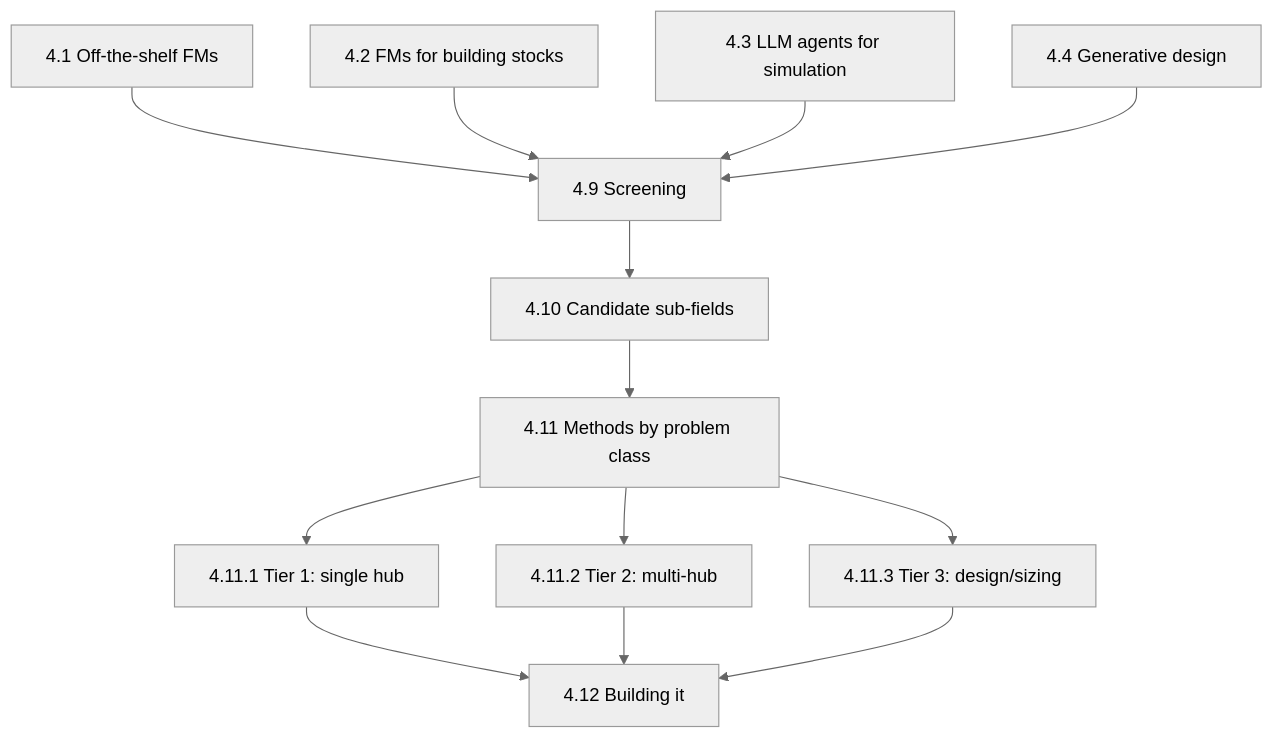
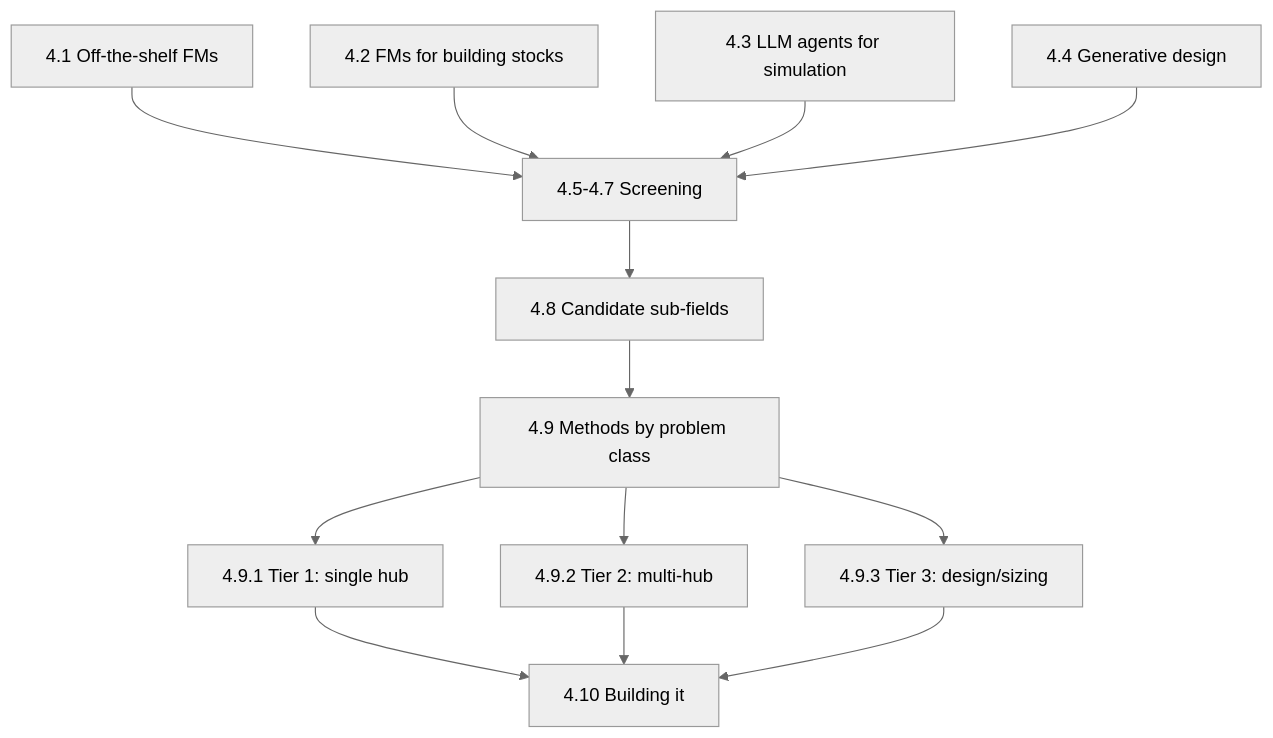
The diagram in chapter-4-directions/index.md (BartonChenTW/FM-for-Urban-Energy-Systems), drawn with Mermaid (neutral theme) before and after one commit. The commit also changed 5 other files, not shown here.

````diff
--- a/chapter-4-directions/index.md
+++ b/chapter-4-directions/index.md
@@ -20,15 +20,15 @@
 ```mermaid
 flowchart TD
-    A["4.1 Off-the-shelf FMs"] --> H["4.9 Screening"]
+    A["4.1 Off-the-shelf FMs"] --> H["4.5-4.7 Screening"]
     B["4.2 FMs for building stocks"] --> H
     C["4.3 LLM agents for simulation"] --> H
     D["4.4 Generative design"] --> H
-    H --> I["4.10 Candidate sub-fields"]
-    I --> J["4.11 Methods by problem class"]
-    J --> K["4.11.1 Tier 1: single hub"]
-    J --> L["4.11.2 Tier 2: multi-hub"]
-    J --> M["4.11.3 Tier 3: design/sizing"]
-    K --> N["4.12 Building it"]
+    H --> I["4.8 Candidate sub-fields"]
+    I --> J["4.9 Methods by problem class"]
+    J --> K["4.9.1 Tier 1: single hub"]
+    J --> L["4.9.2 Tier 2: multi-hub"]
+    J --> M["4.9.3 Tier 3: design/sizing"]
+    K --> N["4.10 Building it"]
     L --> N
     M --> N
 ```
````
